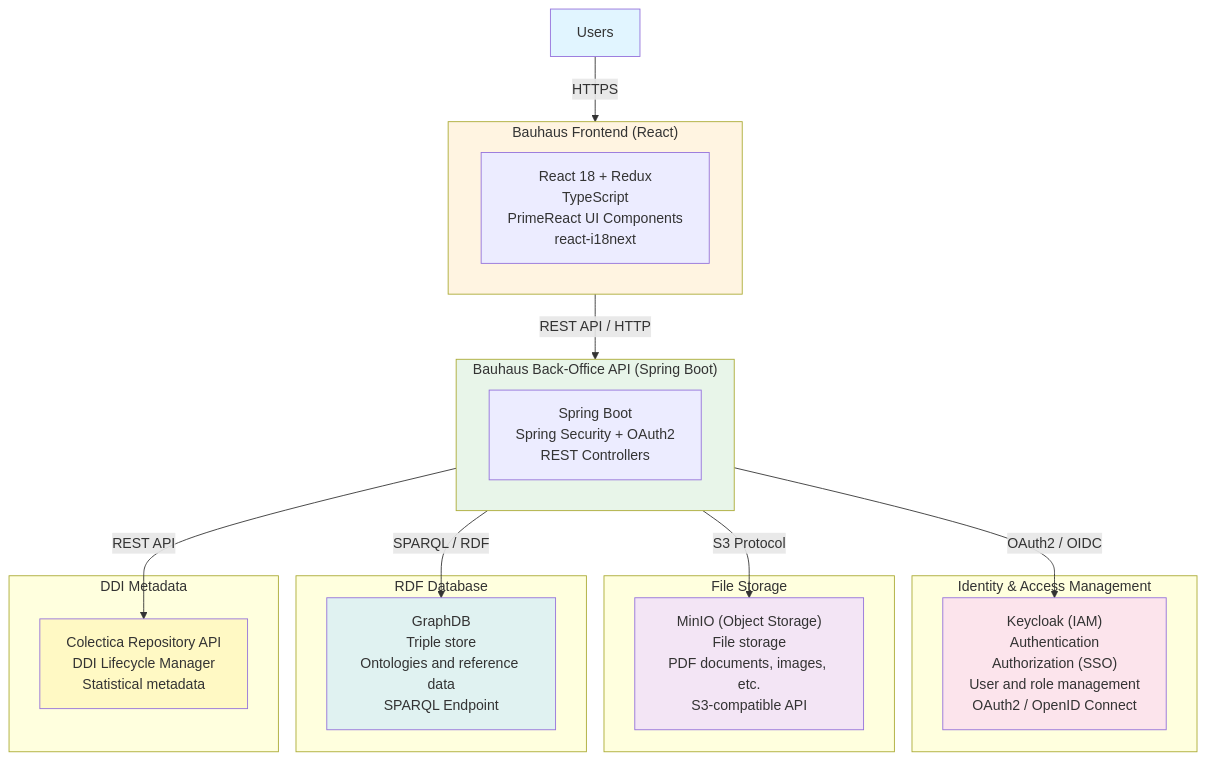
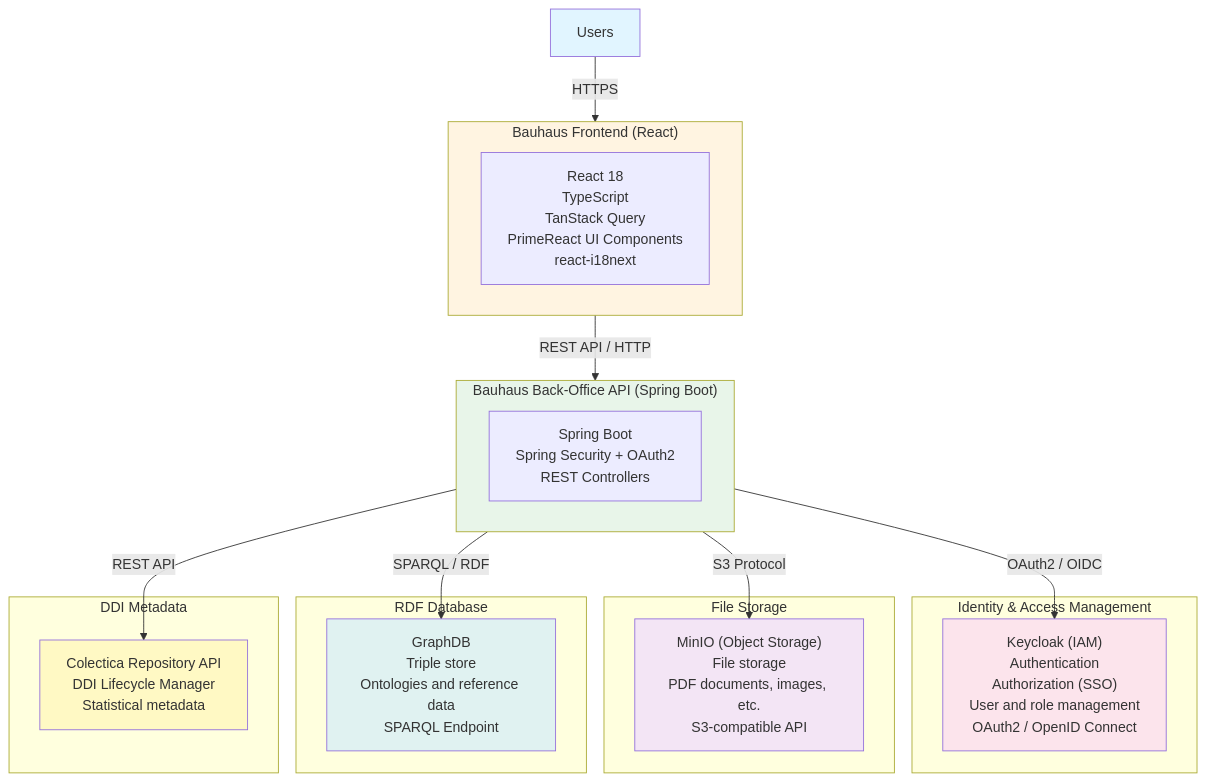
Before and after one commit to InseeFr/Bauhaus: the diagram in documentation/src/content/docs/guides/architecture.md, drawn with Mermaid. The commit also changed other lines of this file and 1092 other files, not shown here.

````diff
--- a/documentation/src/content/docs/guides/architecture.md
+++ b/documentation/src/content/docs/guides/architecture.md
@@ -12,43 +12,43 @@
 ```mermaid
 graph TB
     Users[Users]
 
     subgraph Frontend["Bauhaus Frontend (React)"]
-        React["React 18 + Redux<br/>TypeScript<br/>PrimeReact UI Components<br/>react-i18next"]
+        React["React 18<br/>TypeScript<br/>TanStack Query<br/>PrimeReact UI Components<br/>react-i18next"]
     end
 
     subgraph Backend["Bauhaus Back-Office API (Spring Boot)"]
         SpringBoot["Spring Boot<br/>Spring Security + OAuth2<br/>REST Controllers"]
     end
 
     subgraph Security["Identity & Access Management"]
         Keycloak["Keycloak (IAM)<br/>Authentication<br/>Authorization (SSO)<br/>User and role management<br/>OAuth2 / OpenID Connect"]
     end
 
     subgraph Storage["File Storage"]
         MinIO["MinIO (Object Storage)<br/>File storage<br/>PDF documents, images, etc.<br/>S3-compatible API"]
     end
 
     subgraph Database["RDF Database"]
         GraphDB["GraphDB<br/>Triple store<br/>Ontologies and reference data<br/>SPARQL Endpoint"]
     end
 
     subgraph Metadata["DDI Metadata"]
         Colectica["Colectica Repository API<br/>DDI Lifecycle Manager<br/>Statistical metadata"]
     end
 
     Users -->|HTTPS| Frontend
     Frontend -->|REST API / HTTP| Backend
     Backend -->|OAuth2 / OIDC| Keycloak
     Backend -->|SPARQL / RDF| GraphDB
     Backend -->|S3 Protocol| MinIO
     Backend -->|REST API| Colectica
 
     style Users fill:#e1f5ff
     style Frontend fill:#fff4e1
     style Backend fill:#e8f5e9
     style Keycloak fill:#fce4ec
     style MinIO fill:#f3e5f5
     style GraphDB fill:#e0f2f1
     style Colectica fill:#fff9c4
 ```
````
